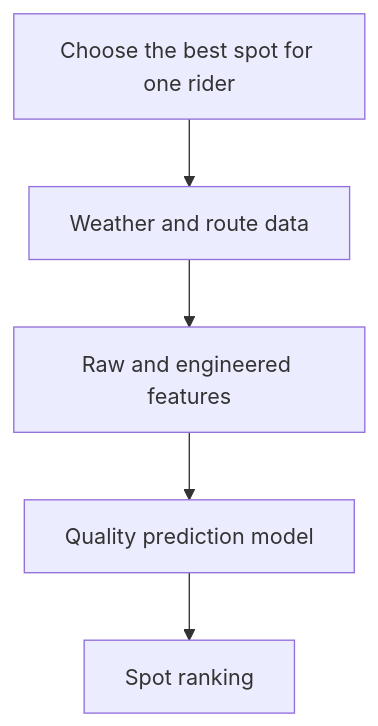
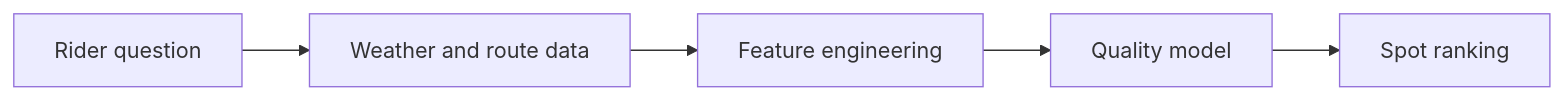
Before and after one commit to javihslu/foehncast: the first of 3 diagrams in docs/site/milestones/ms1.md, drawn with Mermaid. The commit also changed other lines of this file and 18 other files, not shown here.

````diff
--- a/docs/site/milestones/ms1.md
+++ b/docs/site/milestones/ms1.md
@@ -57,7 +36,7 @@
-```mermaid
-flowchart TD
-    Problem[Choose the best spot for one rider] --> Data[Weather and route data]
-    Data --> Features[Raw and engineered features]
-    Features --> Model[Quality prediction model]
-    Model --> Ranking[Spot ranking]
-```
+<div class="mermaid">
+flowchart LR
+    Q[Rider question] --> D[Weather and route data]
+    D --> F[Feature engineering]
+    F --> M[Quality model]
+    M --> R[Spot ranking]
+</div>
````
